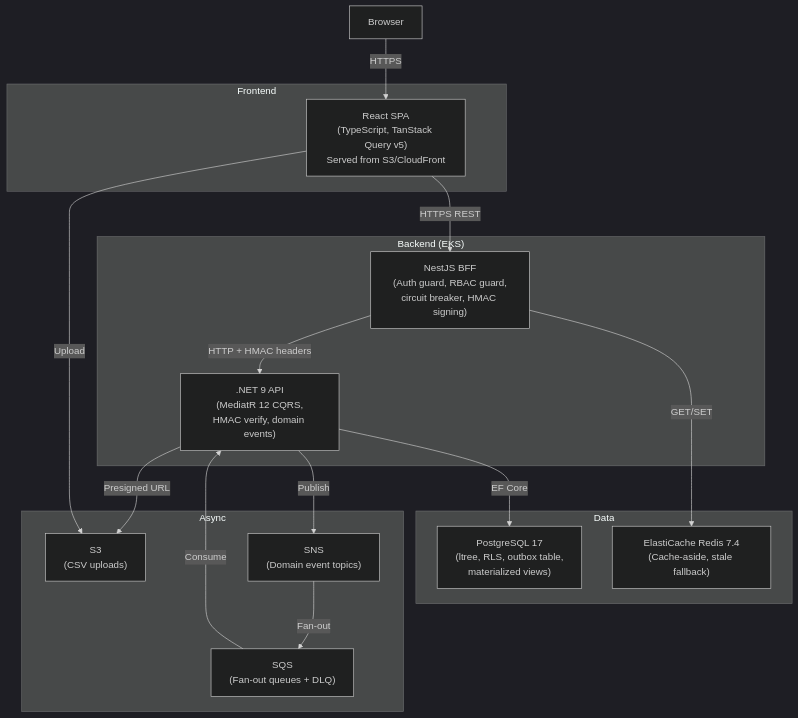
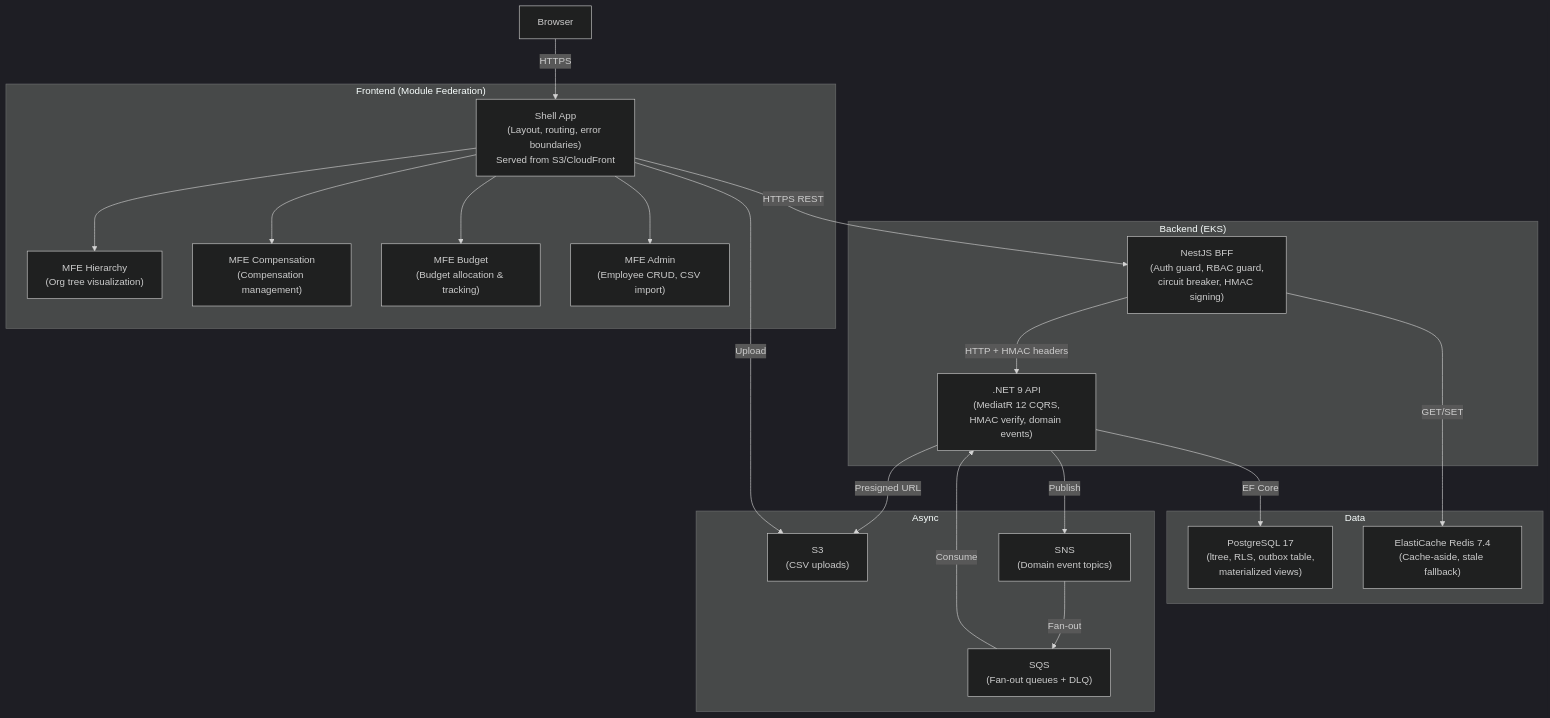
Before and after one commit to sukhesh035/employee_budget_allocation: the second of 14 diagrams in docs/diagrams/ARCHITECTURE.md, drawn with Mermaid (dark theme). The commit also changed other lines of this file and 7 other files, not shown here.

First line of the commit message:
Restructure to micro frontend architecture with Module Federation

````diff
--- a/docs/diagrams/ARCHITECTURE.md
+++ b/docs/diagrams/ARCHITECTURE.md
@@ -38,35 +38,40 @@
 ```mermaid
 flowchart TB
     USER["Browser"]
 
-    subgraph Frontend
-        SPA["React SPA\n(TypeScript, TanStack Query v5)\nServed from S3/CloudFront"]
+    subgraph Frontend ["Frontend (Module Federation)"]
+        SHELL["Shell App\n(Layout, routing, error boundaries)\nServed from S3/CloudFront"]
+        MFE1["MFE Hierarchy\n(Org tree visualization)"]
+        MFE2["MFE Compensation\n(Compensation management)"]
+        MFE3["MFE Budget\n(Budget allocation & tracking)"]
+        MFE4["MFE Admin\n(Employee CRUD, CSV import)"]
+        SHELL --> MFE1 & MFE2 & MFE3 & MFE4
     end
 
     subgraph Backend ["Backend (EKS)"]
         BFF["NestJS BFF\n(Auth guard, RBAC guard,\ncircuit breaker, HMAC signing)"]
         API[".NET 9 API\n(MediatR 12 CQRS,\nHMAC verify, domain events)"]
     end
 
     subgraph Data
         PG["PostgreSQL 17\n(ltree, RLS, outbox table,\nmaterialized views)"]
         REDIS["ElastiCache Redis 7.4\n(Cache-aside, stale fallback)"]
     end
 
     subgraph Async
         S3["S3\n(CSV uploads)"]
         SNS["SNS\n(Domain event topics)"]
         SQS["SQS\n(Fan-out queues + DLQ)"]
     end
 
-    USER -->|HTTPS| SPA
-    SPA -->|HTTPS REST| BFF
+    USER -->|HTTPS| SHELL
+    SHELL -->|HTTPS REST| BFF
     BFF -->|HTTP + HMAC headers| API
     BFF -->|GET/SET| REDIS
     API -->|EF Core| PG
     API -->|Publish| SNS
     SNS -->|Fan-out| SQS
     SQS -->|Consume| API
     API -->|Presigned URL| S3
-    SPA -->|Upload| S3
+    SHELL -->|Upload| S3
 ```
````
